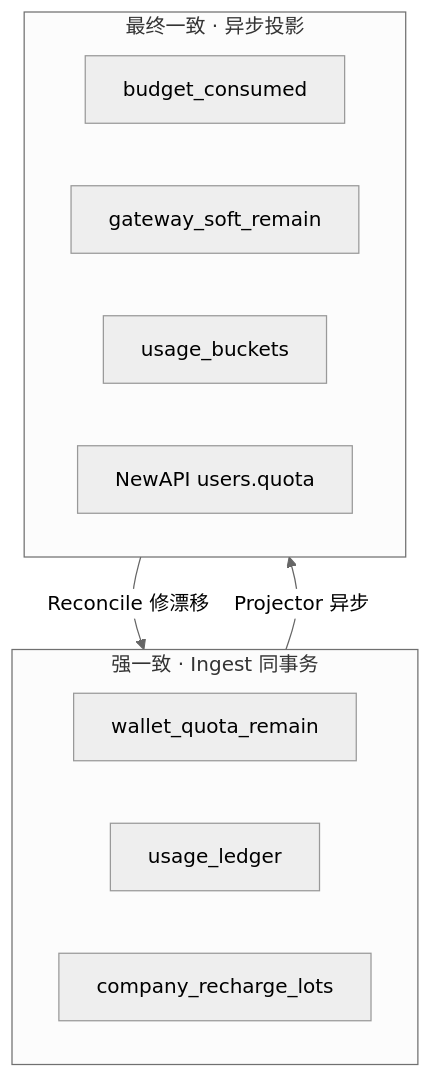
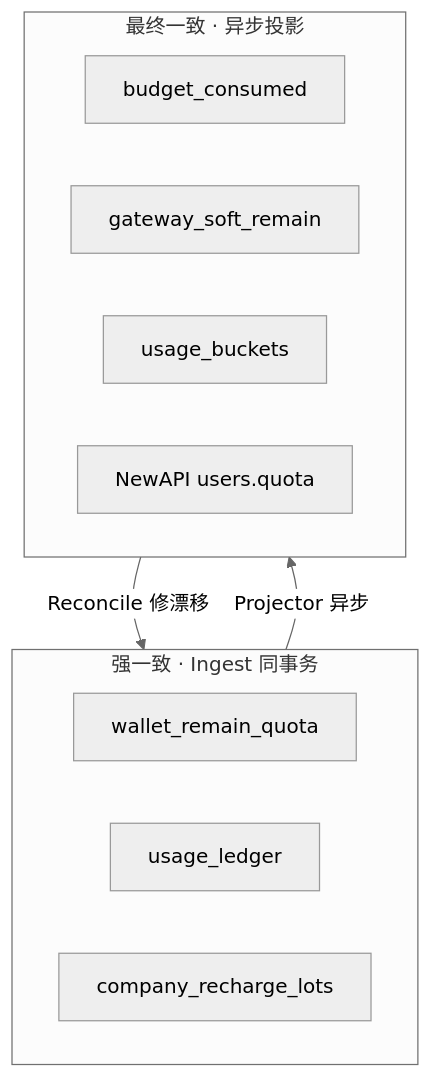
One commit to quyip8818/mytokenjoy changed diagram 11 of 15 in docs/reviews/架构分析-Token计费与钱包体系.md. Above: the diagram before and after it, drawn with Mermaid (neutral theme). The commit also changed other lines of this file and 49 other files, not shown here.

Commit message:
rename wallet_remain

````diff
--- a/docs/reviews/架构分析-Token计费与钱包体系.md
+++ b/docs/reviews/架构分析-Token计费与钱包体系.md
@@ -432,18 +432,18 @@
 ```mermaid
 flowchart TB
   subgraph strong [强一致 · Ingest 同事务]
-    WAL[wallet_quota_remain]
+    WAL[wallet_remain_quota]
     LED[usage_ledger]
     LOTS[company_recharge_lots]
   end
 
   subgraph eventual [最终一致 · 异步投影]
     BC[budget_consumed]
     GS[gateway_soft_remain]
     UB[usage_buckets]
     NAPI[NewAPI users.quota]
   end
 
   strong -->|Projector 异步| eventual
   eventual -->|Reconcile 修漂移| strong
 ```
````
